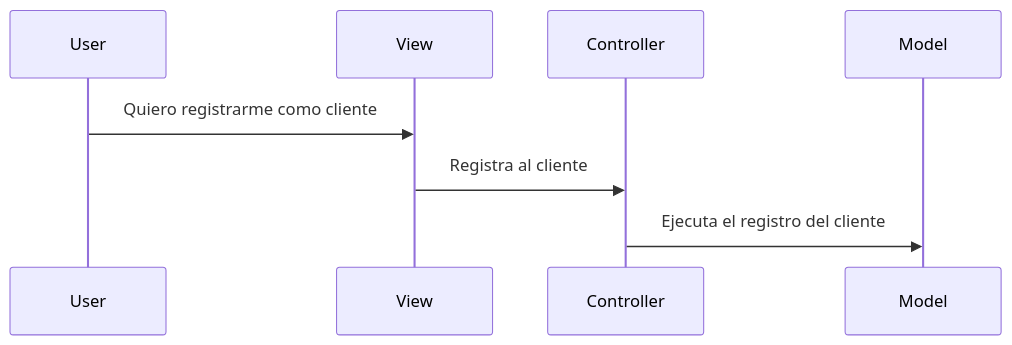
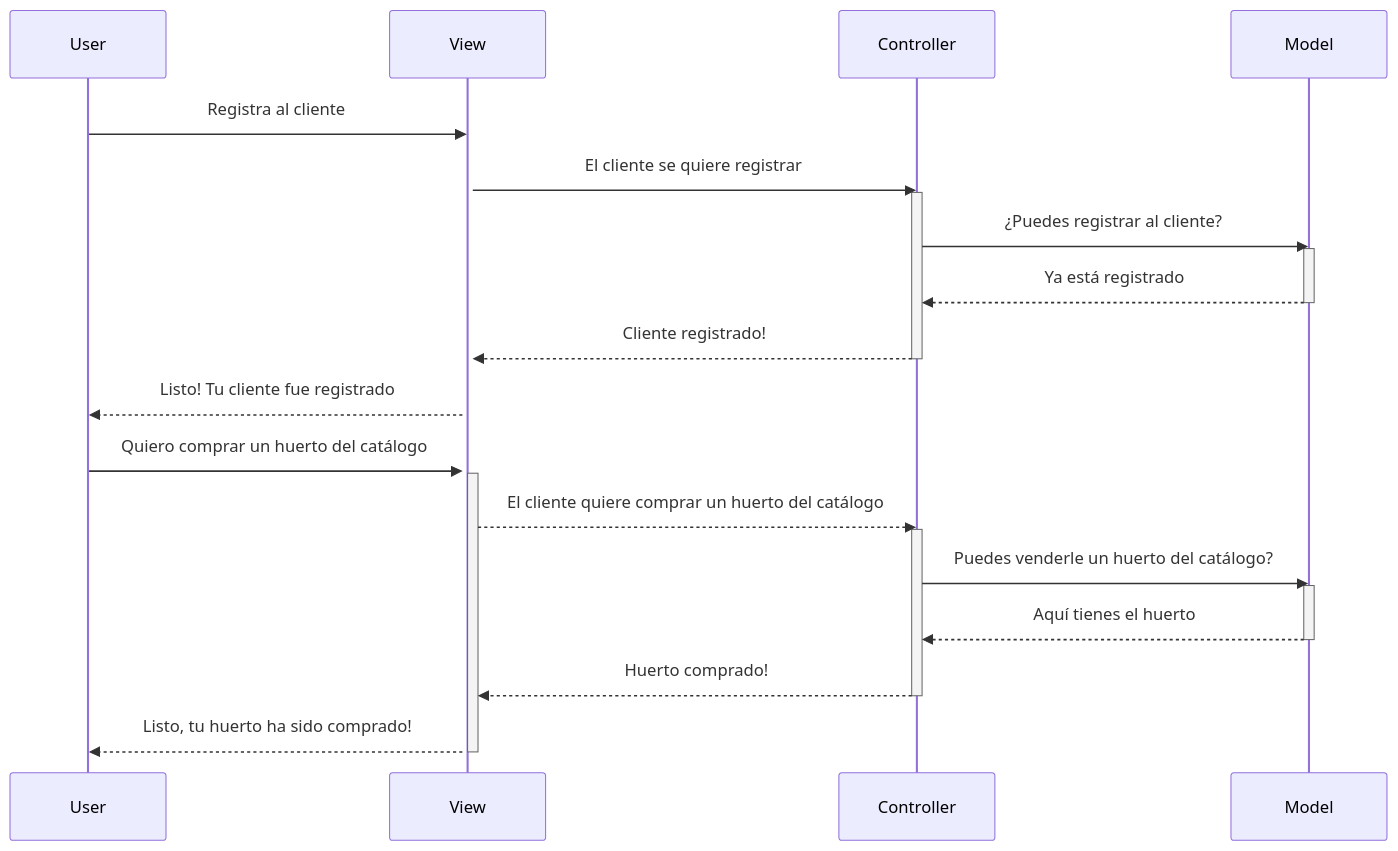
The second of 2 diagrams in readme.md (SanLopezIgle/proyectoProgra), drawn with Mermaid before and after one commit.

````diff
--- a/readme.md
+++ b/readme.md
@@ -130,12 +128,32 @@
 ```mermaid
 sequenceDiagram
     participant User
     participant View
     participant Controller
     participant Model
     
-    User ->> View: Quiero registrarme como cliente
-    View ->> Controller: Registra al cliente
-    Controller->> Model: Ejecuta el registro del cliente
-    
+    User ->> View: Registra al cliente
+    activate View
+    View ->> Controller: El cliente se quiere registrar
+    activate Controller
+    Controller->> Model: ¿Puedes registrar al cliente?
+    activate Model
+    Model-->>Controller: Ya está registrado
+    deactivate Model
+    Controller-->>View: Cliente registrado!
+    deactivate Controller
+    View-->>User:Listo! Tu cliente fue registrado
+
+    User->>View: Quiero comprar un huerto del catálogo
+    activate View
+    View-->>Controller: El cliente quiere comprar un huerto del catálogo
+    activate Controller
+    Controller->>Model: Puedes venderle un huerto del catálogo?
+    activate Model
+    Model-->>Controller: Aquí tienes el huerto
+    deactivate Model
+    Controller-->>View: Huerto comprado!
+    deactivate Controller
+    View-->>User: Listo, tu huerto ha sido comprado!
+    deactivate View
 ```
````
